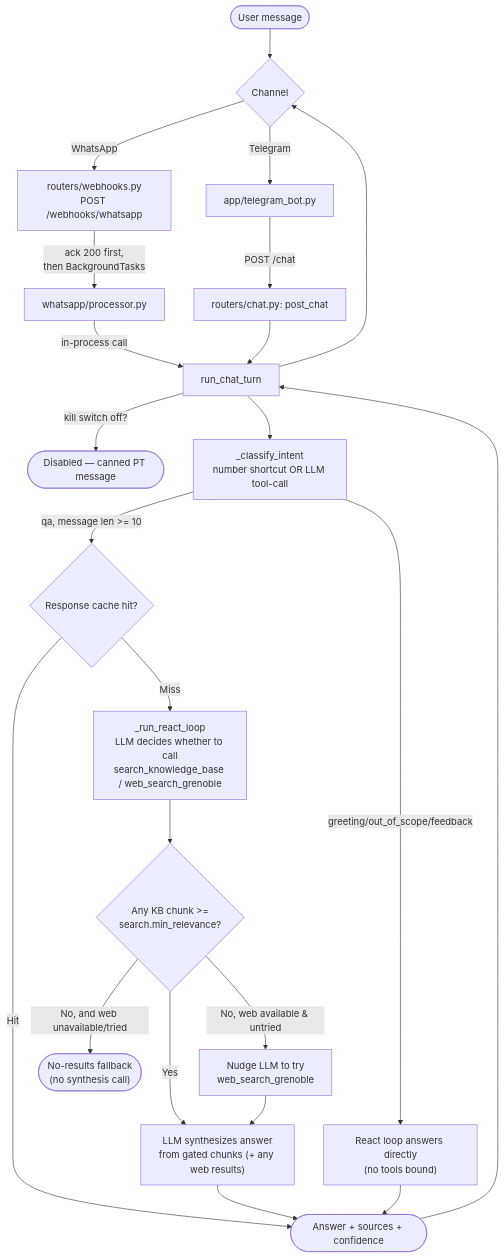
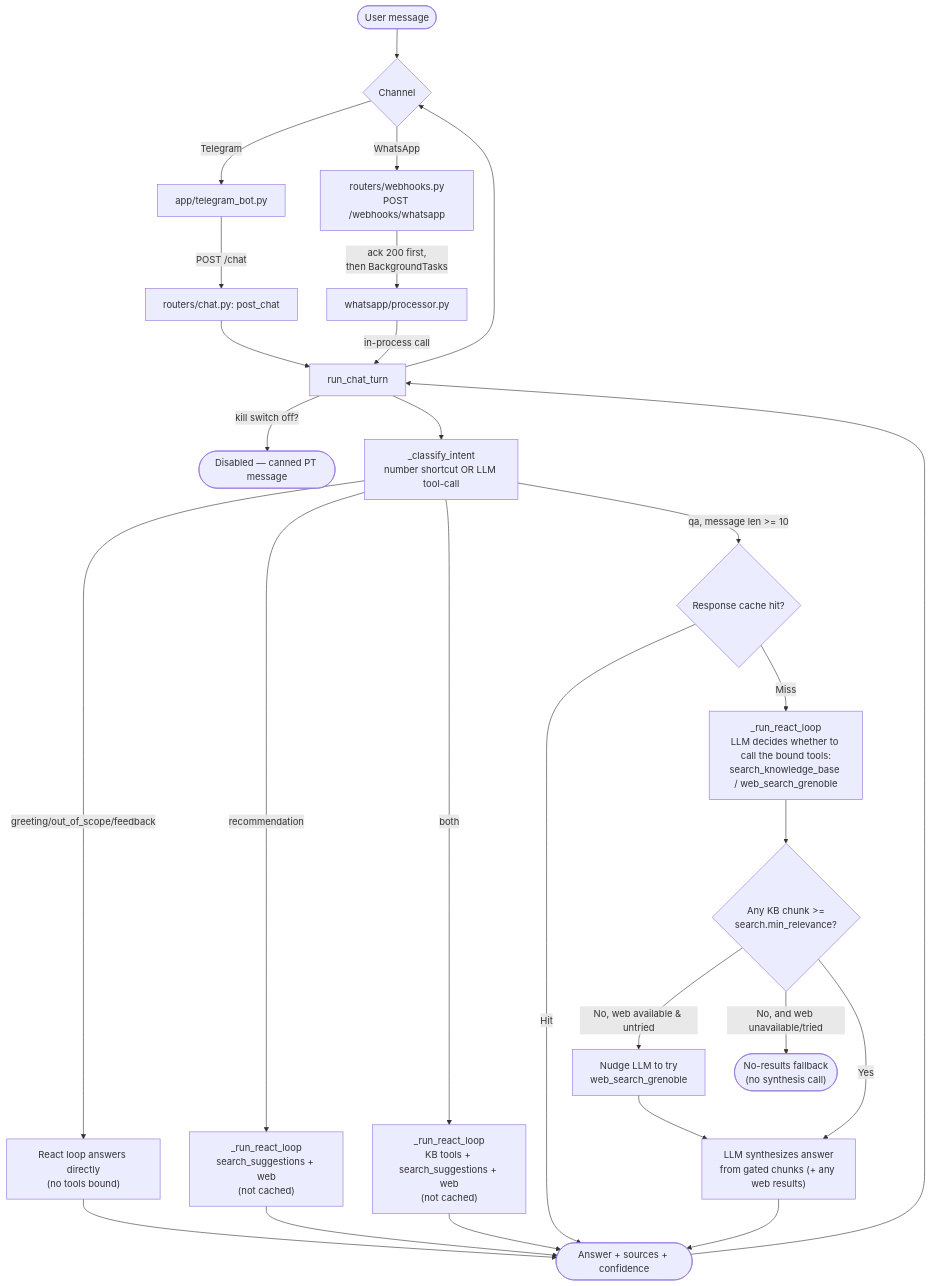
Before and after one commit to jooaobrum/habitantes-grenoble-agent: the second of 7 diagrams in docs/ARCHITECTURE.md, drawn with Mermaid. The commit also changed other lines of this file and 11 other files, not shown here.

````diff
--- a/docs/ARCHITECTURE.md
+++ b/docs/ARCHITECTURE.md
@@ -67,23 +72,25 @@
 ```mermaid
 flowchart TD
     UserMsg([User message]) --> Channel{Channel}
     Channel -->|Telegram| TGBot[app/telegram_bot.py] -->|"POST /chat"| ChatEP[routers/chat.py: post_chat]
     Channel -->|WhatsApp| Webhook["routers/webhooks.py<br>POST /webhooks/whatsapp"] -->|"ack 200 first,<br>then BackgroundTasks"| Processor[whatsapp/processor.py] -->|in-process call| RunTurn[run_chat_turn]
     ChatEP --> RunTurn
 
     RunTurn -->|"kill switch off?"| Disabled([Disabled — canned PT message])
     RunTurn --> Classify["_classify_intent<br>number shortcut OR LLM tool-call"]
     Classify -->|greeting/out_of_scope/feedback| Direct["React loop answers directly<br>(no tools bound)"]
+    Classify -->|recommendation| ReactRec["_run_react_loop<br>search_suggestions + web<br>(not cached)"] --> Answer
+    Classify -->|both| ReactBoth["_run_react_loop<br>KB tools + search_suggestions + web<br>(not cached)"] --> Answer
     Classify -->|qa, message len >= 10| Cache{Response cache hit?}
     Cache -->|Hit| Answer
-    Cache -->|Miss| React["_run_react_loop<br>LLM decides whether to call<br>search_knowledge_base / web_search_grenoble"]
+    Cache -->|Miss| React["_run_react_loop<br>LLM decides whether to call the bound tools:<br>search_knowledge_base / web_search_grenoble"]
     React --> Gate{"Any KB chunk >=<br>search.min_relevance?"}
     Gate -->|No, web available & untried| NudgeWeb["Nudge LLM to try<br>web_search_grenoble"]
     Gate -->|No, and web unavailable/tried| Fallback(["No-results fallback<br>(no synthesis call)"])
     Gate -->|Yes| Synth["LLM synthesizes answer<br>from gated chunks (+ any web results)"]
     NudgeWeb --> Synth
     Synth --> Answer([Answer + sources + confidence])
     Direct --> Answer
     Answer --> RunTurn
     RunTurn --> Channel
 ```
````
